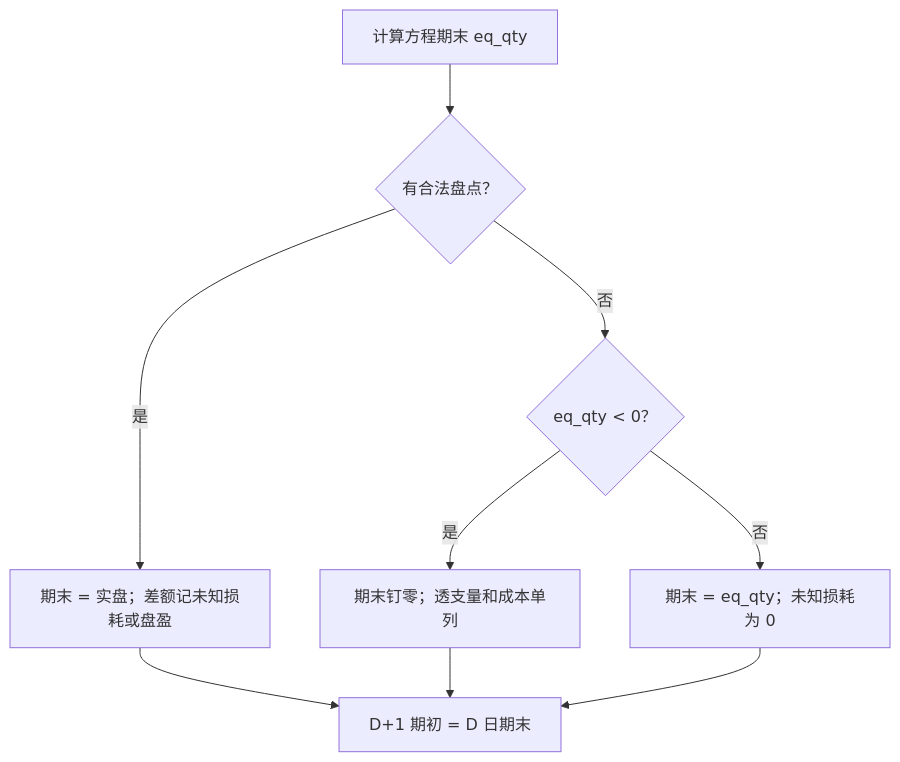
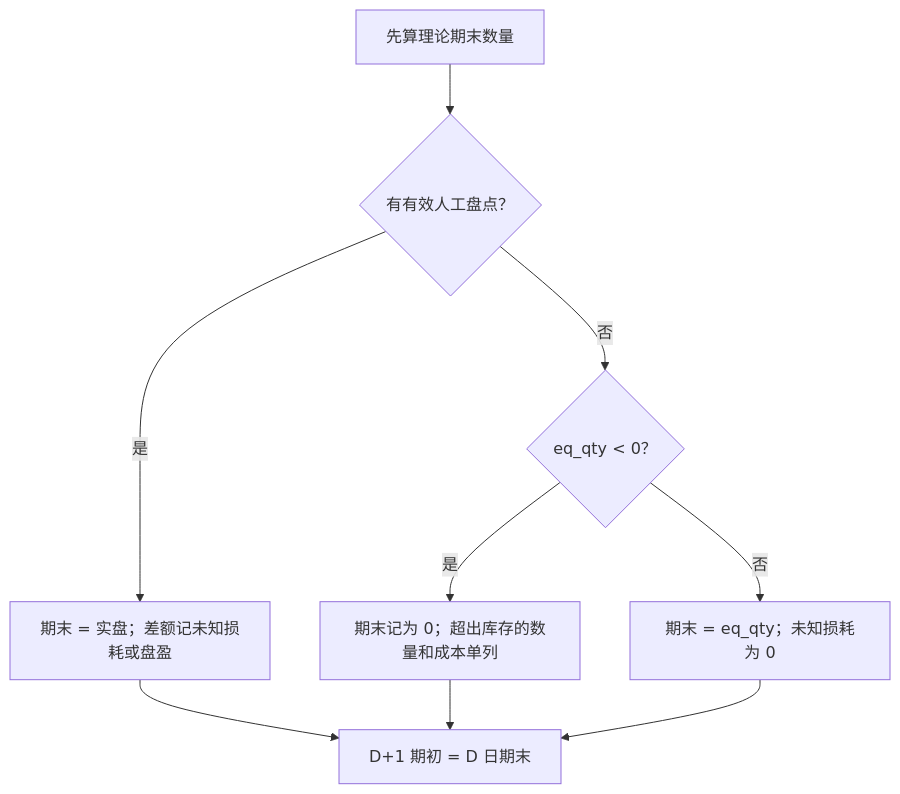
One commit to kate636/cuihua-data changed the sixth of 8 diagrams in fmetl/README.md. Above: the diagram before and after it, drawn with Mermaid. The commit also changed other lines of this file and 8 other files, not shown here.

````diff
--- a/fmetl/README.md
+++ b/fmetl/README.md
@@ -369,12 +400,12 @@
 ```mermaid
 flowchart TB
-    EQ["计算方程期末 eq_qty"] --> COUNT{"有合法盘点？"}
+    EQ["先算理论期末数量"] --> COUNT{"有有效人工盘点？"}
     COUNT -->|是| B1["期末 = 实盘；差额记未知损耗或盘盈"]
     COUNT -->|否| NEG{"eq_qty < 0？"}
-    NEG -->|是| B3["期末钉零；透支量和成本单列"]
+    NEG -->|是| B3["期末记为 0；超出库存的数量和成本单列"]
     NEG -->|否| B6["期末 = eq_qty；未知损耗为 0"]
 
     B1 --> ROLL["D+1 期初 = D 日期末"]
     B3 --> ROLL
     B6 --> ROLL
 ```
````
